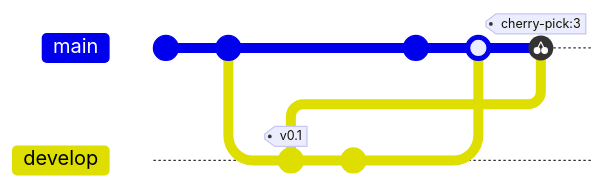
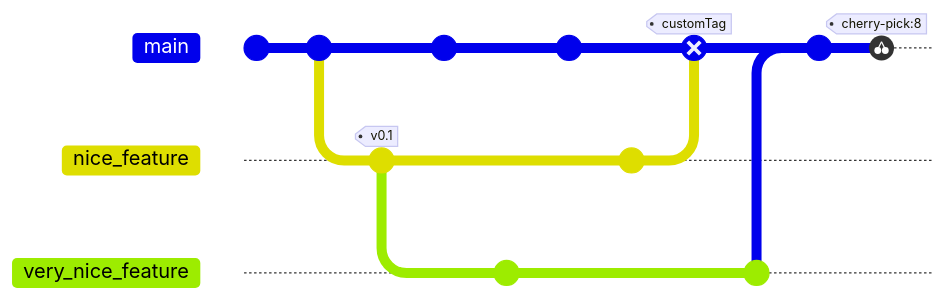
Before and after one commit to mo6/viewmd: the ninth of 9 diagrams in docs/example.md, drawn with Mermaid. The commit also changed 3 other files, not shown here. Commit ids are hidden.

````diff
--- a/docs/example.md
+++ b/docs/example.md
@@ -308,12 +308,25 @@
 ```mermaid
 gitGraph
-    commit id: "1"
-    commit id: "2"
-    branch develop
-    commit id: "3" tag: "v0.1"
-    commit
-    checkout main
-    commit id: "5"
-    merge develop id: "6"
-    cherry-pick id: "3"
+       commit
+       commit
+       branch nice_feature
+       checkout nice_feature
+       commit id: "3" tag: "v0.1"
+       checkout main
+       commit id: "4"
+       checkout nice_feature
+       branch very_nice_feature
+       checkout very_nice_feature
+       commit id: "5"
+       checkout main
+       commit id: "6"
+       checkout nice_feature
+       commit id: "7"
+       checkout main
+       merge nice_feature id: "customID" tag: "customTag" type: REVERSE
+       checkout very_nice_feature
+       commit id: "8"
+       checkout main
+       commit
+       cherry-pick id: "8"
 ```
````
